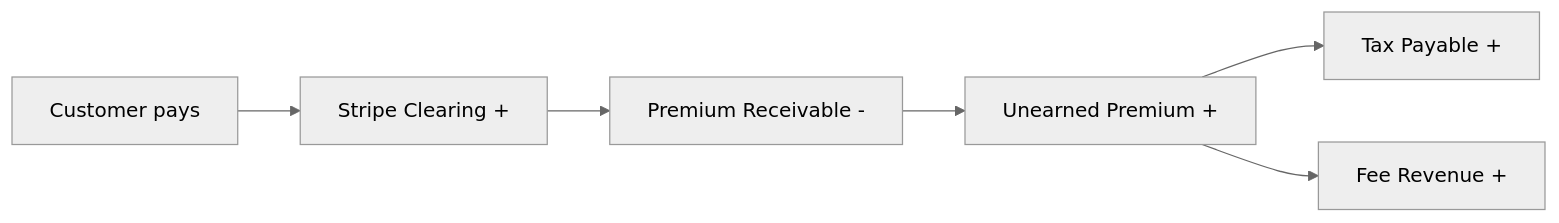
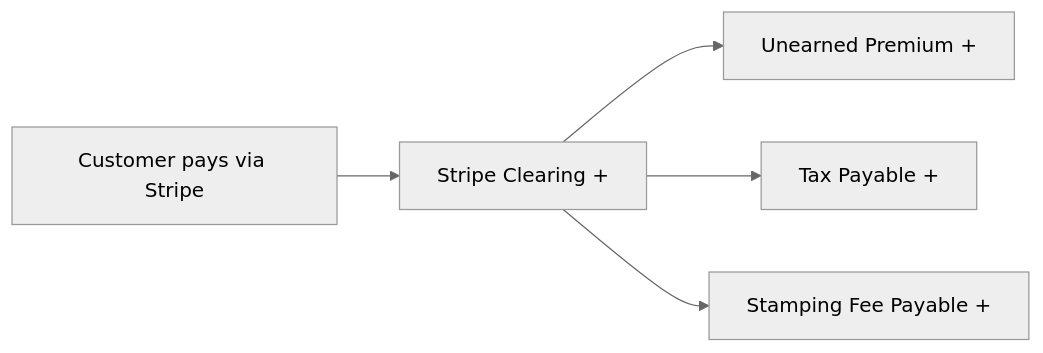
One commit to staniborII/corgi_policy_administration_t1 changed the first of 3 diagrams in docs/MONEY_FLOWS.md. Above: the diagram before and after it, drawn with Mermaid (neutral theme). The commit also changed other lines of this file and 33 other files, not shown here.

First line of the commit message:
feat(backend,frontend): add Stripe premium collection with ledger posting

````diff
--- a/docs/MONEY_FLOWS.md
+++ b/docs/MONEY_FLOWS.md
@@ -37,8 +37,7 @@
 ```mermaid
 flowchart LR
-    A[Customer pays] --> B[Stripe Clearing +]
-    B --> C[Premium Receivable -]
-    C --> D[Unearned Premium +]
-    D --> E[Tax Payable +]
-    D --> F[Fee Revenue +]
+    A[Customer pays via Stripe] --> B[Stripe Clearing +]
+    B --> C[Unearned Premium +]
+    B --> D[Tax Payable +]
+    B --> E[Stamping Fee Payable +]
 ```
````
